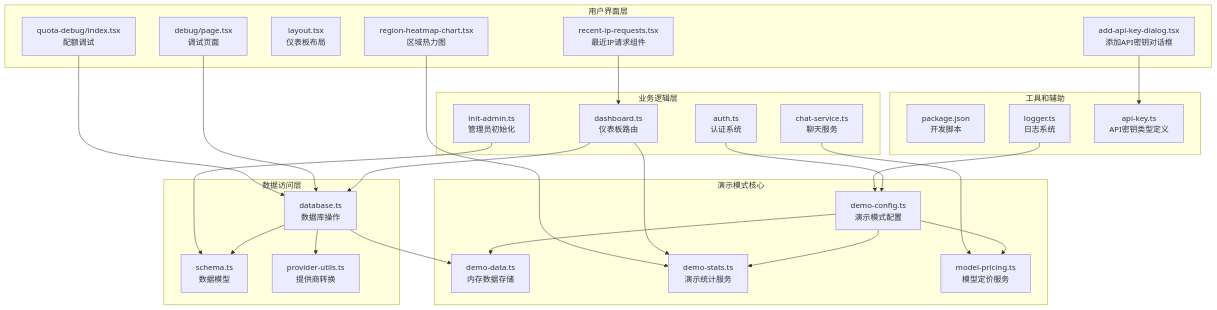
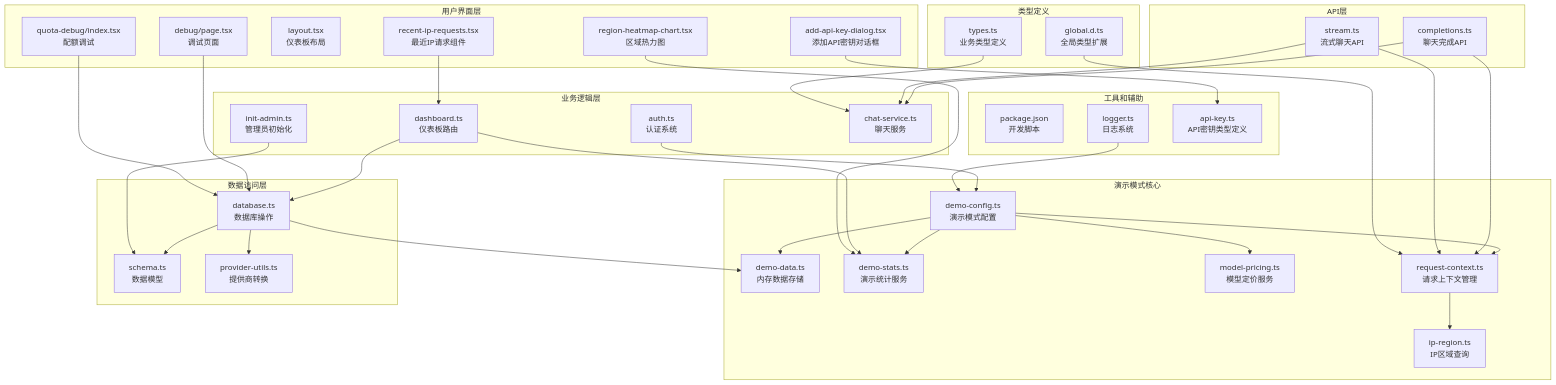
Before and after one commit to RadiumAg/AIGate: the first of 12 diagrams in .qoder/repowiki/zh/content/核心功能/演示模式系统.md, drawn with Mermaid. The commit also changed other lines of this file and 7 other files, not shown here.

````diff
--- a/.qoder/repowiki/zh/content/核心功能/演示模式系统.md
+++ b/.qoder/repowiki/zh/content/核心功能/演示模式系统.md
@@ -67,50 +77,67 @@
 ```mermaid
 graph TB
 subgraph "演示模式核心"
 DC[demo-config.ts<br/>演示模式配置]
 DD[demo-data.ts<br/>内存数据存储]
 DS[demo-stats.ts<br/>演示统计服务]
 MP[model-pricing.ts<br/>模型定价服务]
+RC[request-context.ts<br/>请求上下文管理]
+IR[ip-region.ts<br/>IP区域查询]
 end
 subgraph "数据访问层"
 DB[database.ts<br/>数据库操作]
 SC[schema.ts<br/>数据模型]
 PU[provider-utils.ts<br/>提供商转换]
 end
 subgraph "业务逻辑层"
 DR[dashboard.ts<br/>仪表板路由]
 AU[auth.ts<br/>认证系统]
 IL[init-admin.ts<br/>管理员初始化]
 CS[chat-service.ts<br/>聊天服务]
 end
+subgraph "API层"
+CPT[completions.ts<br/>聊天完成API]
+STR[stream.ts<br/>流式聊天API]
+end
 subgraph "用户界面层"
 DP[debug/page.tsx<br/>调试页面]
 QD[quota-debug/index.tsx<br/>配额调试]
 DL[layout.tsx<br/>仪表板布局]
 RHC[region-heatmap-chart.tsx<br/>区域热力图]
 AKD[add-api-key-dialog.tsx<br/>添加API密钥对话框]
 RIR[recent-ip-requests.tsx<br/>最近IP请求组件]
+end
+subgraph "类型定义"
+GT[global.d.ts<br/>全局类型扩展]
+TS[types.ts<br/>业务类型定义]
 end
 subgraph "工具和辅助"
 PKG[package.json<br/>开发脚本]
 LG[logger.ts<br/>日志系统]
 TK[api-key.ts<br/>API密钥类型定义]
 end
 DC --> DD
 DC --> DS
 DC --> MP
+DC --> RC
+RC --> IR
 DB --> DD
 DB --> SC
 DB --> PU
 DR --> DS
 DR --> DB
+CPT --> RC
+STR --> RC
+CPT --> CS
+STR --> CS
 DP --> DB
 QD --> DB
 AU --> DC
 IL --> SC
-CS --> MP
 AKD --> TK
 LG --> DC
 RHC --> DS
 RIR --> DR
+GT --> RC
+TS --> CS
 ```
````
